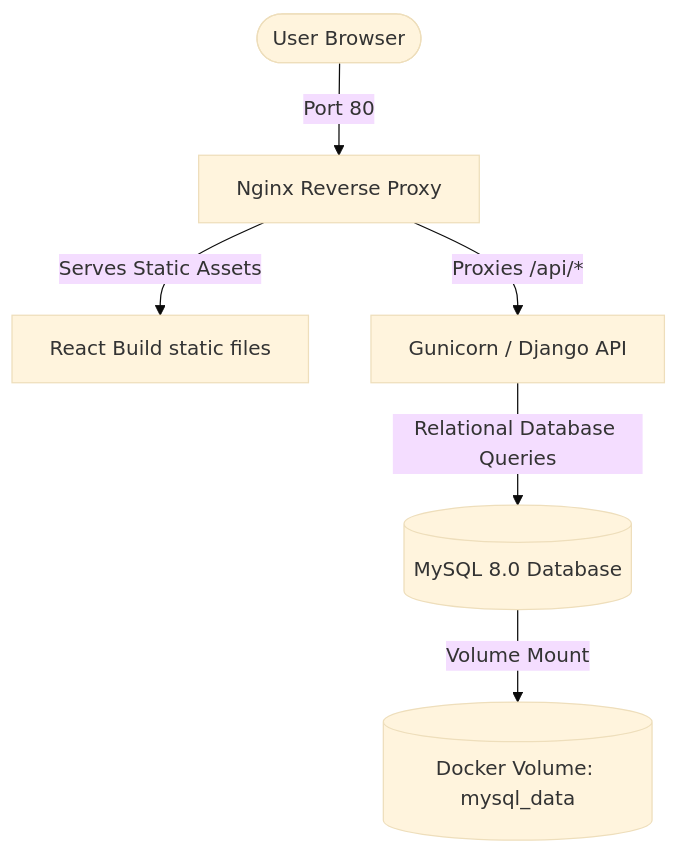
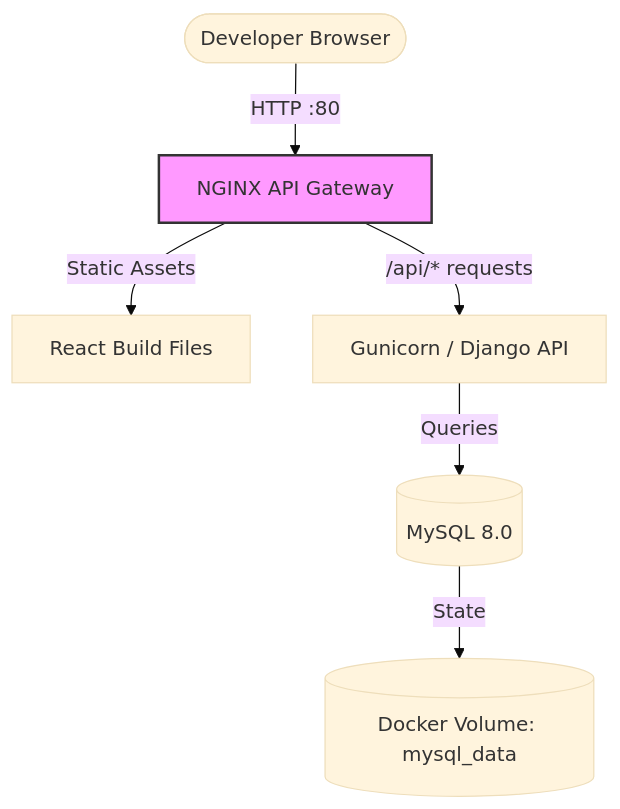
The first of 3 diagrams in README.md (sudarshanvashisht/django-notes-app-k8s), drawn with Mermaid (base theme) before and after one commit. The commit also changed other lines of this file, not shown here.

````diff
--- a/README.md
+++ b/README.md
@@ -14,8 +41,11 @@
 ```mermaid
 graph TD
-    Client([User Browser]) -->|Port 80| Nginx[Nginx Reverse Proxy]
-    Nginx -->|Serves Static Assets| ReactFS[React Build static files]
-    Nginx -->|Proxies /api/*| Gunicorn[Gunicorn / Django API]
-    Gunicorn -->|Relational Database Queries| MySQL[(MySQL 8.0 Database)]
-    MySQL -->|Volume Mount| LocalDBVolume[(Docker Volume: mysql_data)]
+    User([Developer Browser]) -->|HTTP :80| Gateway[NGINX API Gateway]
+    Gateway -->|Static Assets| Frontend[React Build Files]
+    Gateway -->|/api/* requests| Backend[Gunicorn / Django API]
+    Backend -->|Queries| DB[(MySQL 8.0)]
+    DB -->|State| Vol[(Docker Volume: mysql_data)]
+    
+    classDef gateway fill:#f9f,stroke:#333,stroke-width:2px;
+    class Gateway gateway;
 ```
````
